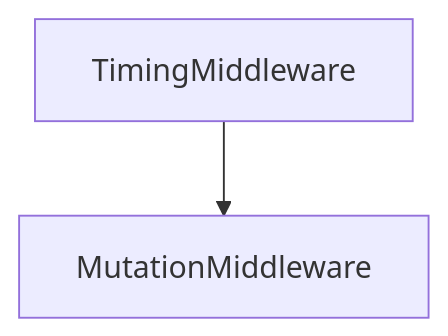
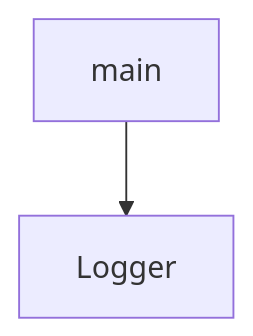
The diagram in tutorials/mcp-use-tutorial/02-client-configuration-sessions-and-transport-choices.md (johnxie/awesome-code-docs), drawn with Mermaid before and after one commit. The commit also changed other lines of this file and 1232 other files, not shown here.

````diff
--- a/tutorials/mcp-use-tutorial/02-client-configuration-sessions-and-transport-choices.md
+++ b/tutorials/mcp-use-tutorial/02-client-configuration-sessions-and-transport-choices.md
@@ -132,6 +129,6 @@
 ```mermaid
 flowchart TD
-    A[TimingMiddleware]
-    B[MutationMiddleware]
+    A[main]
+    B[Logger]
     A --> B
 ```
````
